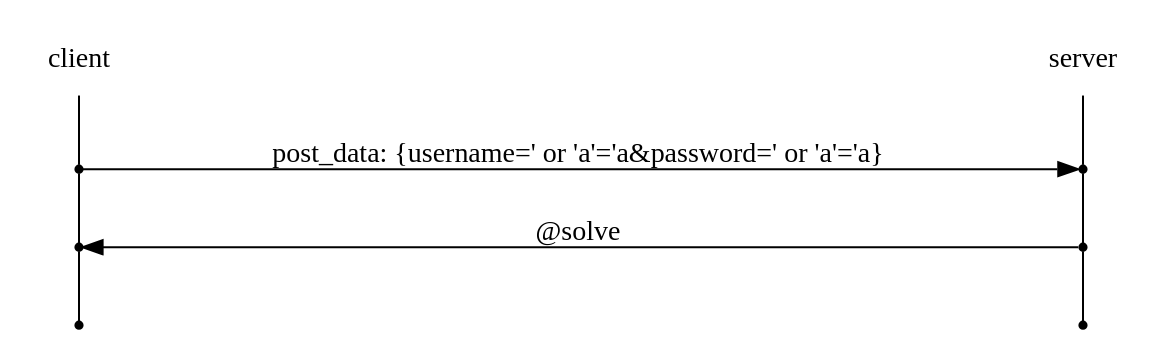
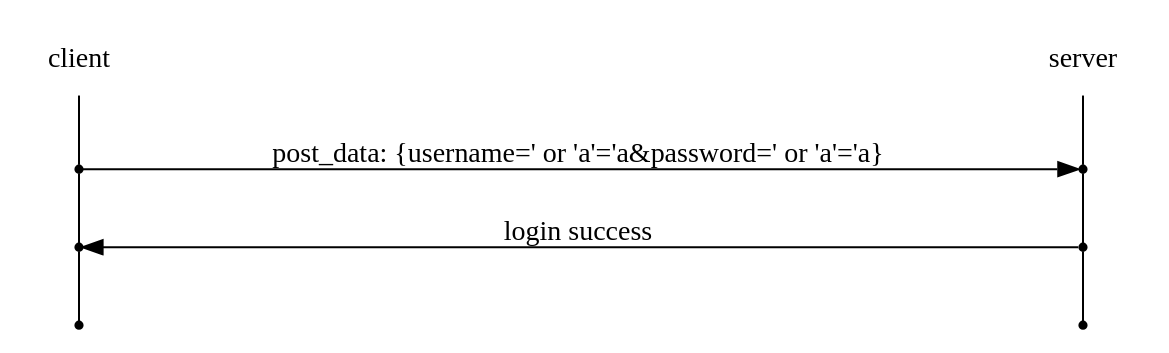
The diagram in docs/web/Blind SQL Injection/[redtiger] level2.rst (joizel/ctf_writeup), drawn with Graphviz before and after one commit. The commit also changed other lines of this file and 13 other files, not shown here.

```diff
--- a/docs/web/Blind SQL Injection/[redtiger] level2.rst
+++ b/docs/web/Blind SQL Injection/[redtiger] level2.rst
@@ -5,21 +7,21 @@
 .. graphviz::
 
     digraph G {
         rankdir="LR";
         node[shape="point"];
         edge[arrowhead="none"]
 
         {
             rank="same";
             "client"[shape="plaintext"];
             "client" -> step0 -> step2 -> step4;
         }
 
         {
             rank="same";
             "server"[shape="plaintext"];
             "server" -> step1 -> step3 -> step5;
         }
         step0 -> step1[label="post_data: {username=' or 'a'='a&password=' or 'a'='a}",arrowhead="normal"];
-        step3 -> step2[label="@solve",arrowhead="normal"];
+        step3 -> step2[label="login success",arrowhead="normal"];
     }
```
